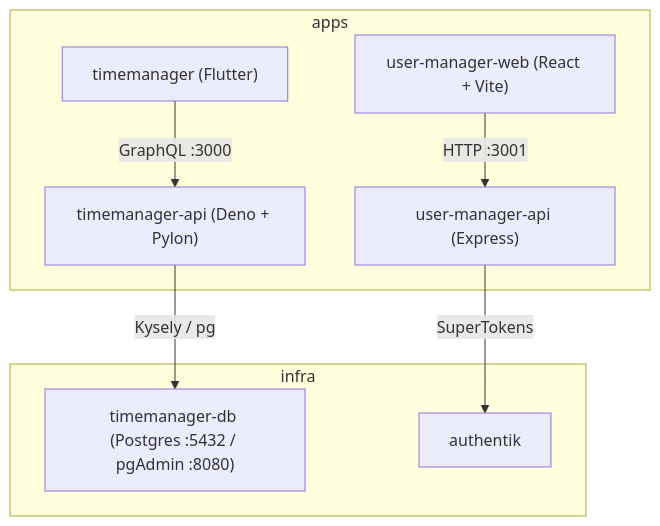
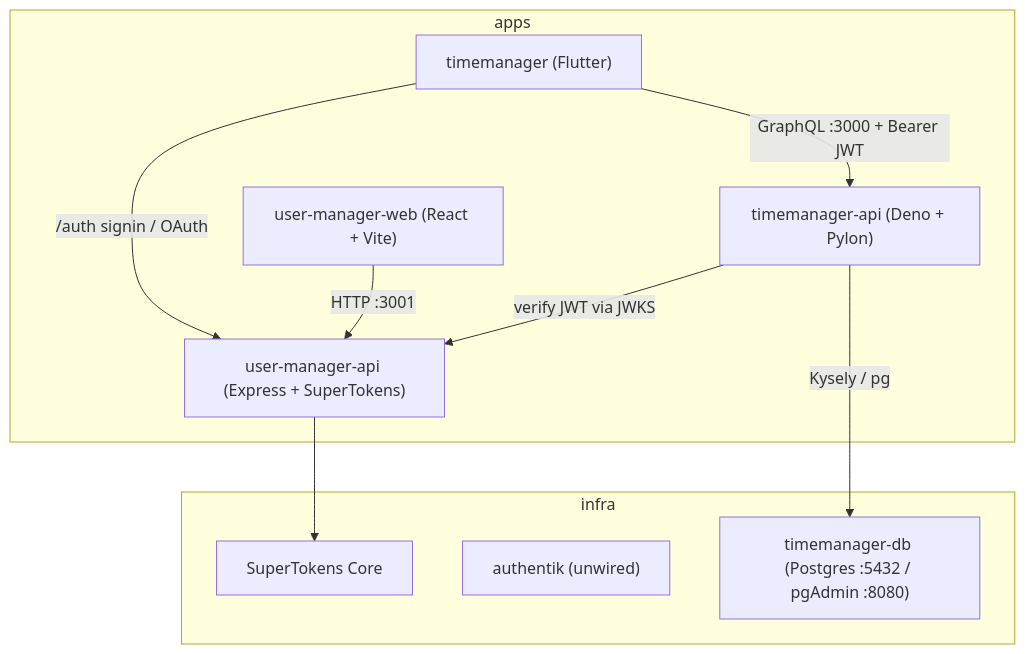
The diagram in .ai/architecture.md (DanEscamilla/timemanager), drawn with Mermaid before and after one commit. The commit also changed other lines of this file and 46 other files, not shown here.

````diff
--- a/.ai/architecture.md
+++ b/.ai/architecture.md
@@ -7,17 +7,20 @@
 ```mermaid
 flowchart TB
   subgraph apps [apps]
     TM["timemanager (Flutter)"]
     TMA["timemanager-api (Deno + Pylon)"]
     UMW["user-manager-web (React + Vite)"]
-    UMA["user-manager-api (Express)"]
+    UMA["user-manager-api (Express + SuperTokens)"]
   end
   subgraph infra [infra]
     DB["timemanager-db (Postgres :5432 / pgAdmin :8080)"]
-    AUTH["authentik"]
+    AUTH["authentik (unwired)"]
+    STC["SuperTokens Core"]
   end
-  TM -->|"GraphQL :3000"| TMA
+  TM -->|"/auth signin / OAuth"| UMA
+  TM -->|"GraphQL :3000 + Bearer JWT"| TMA
+  TMA -->|"verify JWT via JWKS"| UMA
   TMA -->|"Kysely / pg"| DB
   UMW -->|"HTTP :3001"| UMA
-  UMA -->|"SuperTokens"| AUTH
+  UMA --> STC
 ```
````
